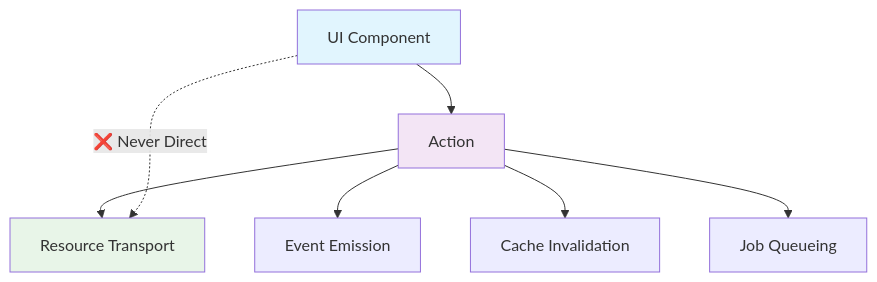
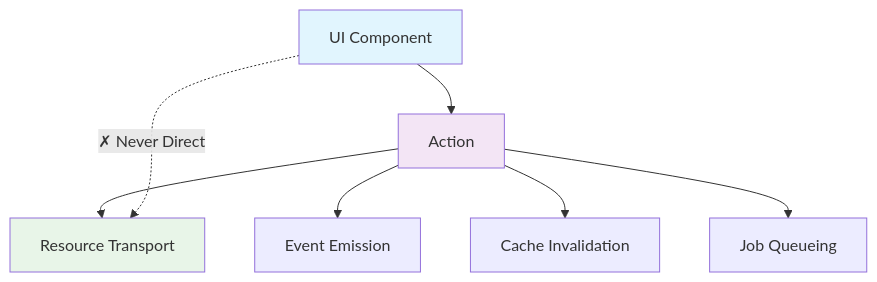
One commit to theGeekist/wp-kernel changed the second of 8 diagrams in docs/guide/philosophy.md. Above: the diagram before and after it, drawn with Mermaid. The commit also changed other lines of this file and 37 other files, not shown here.

````diff
--- a/docs/guide/philosophy.md
+++ b/docs/guide/philosophy.md
@@ -66,14 +66,14 @@
 ```mermaid
 graph TD
     A[UI Component] --> B[Action]
     B --> C[Resource Transport]
     B --> D[Event Emission]
     B --> E[Cache Invalidation]
     B --> F[Job Queueing]
 
-    A -.->|❌ Never Direct| C
+    A -.->|✗ Never Direct| C
 
     style A fill:#e1f5fe
     style B fill:#f3e5f5
     style C fill:#e8f5e8
 ```
````
